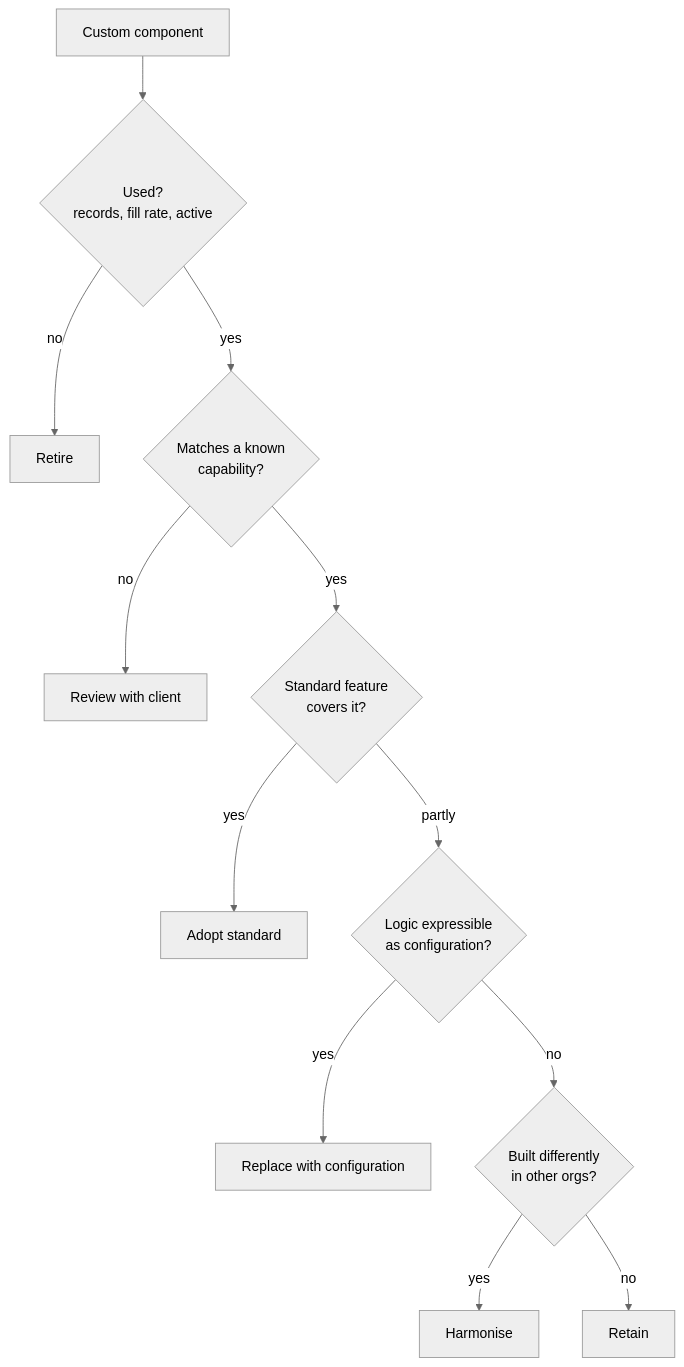
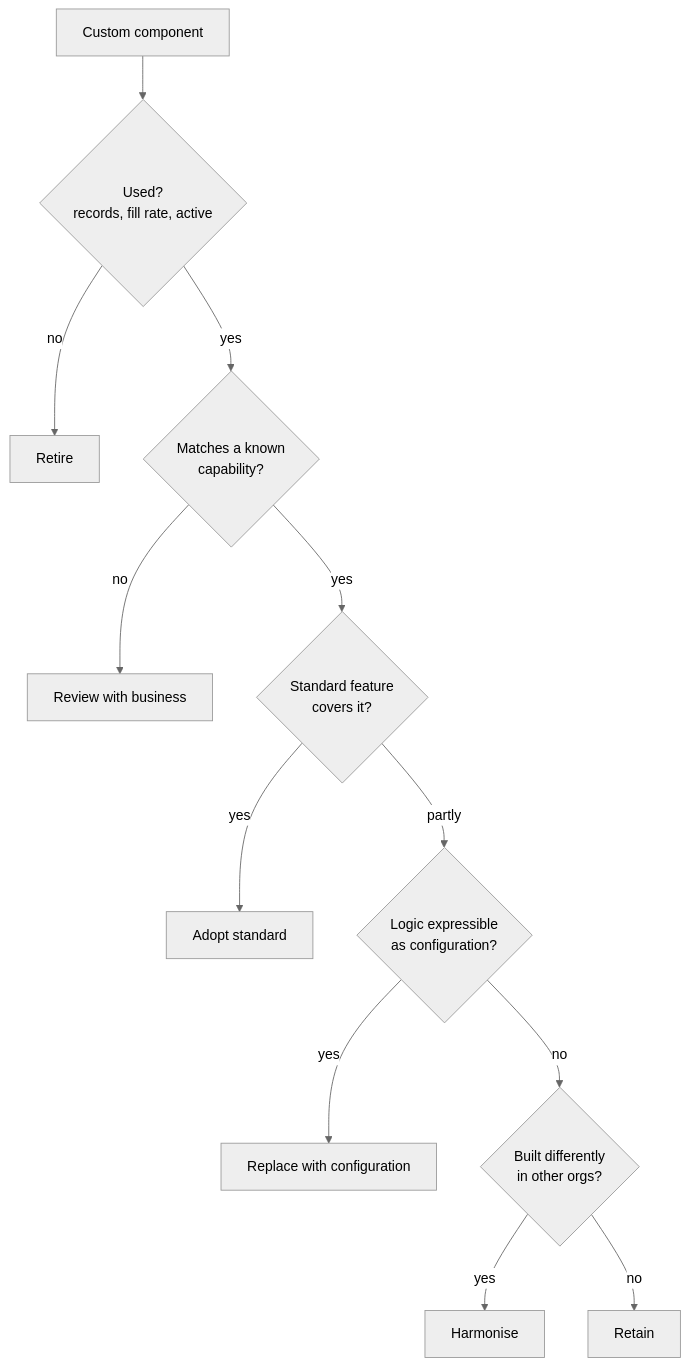
One commit to himantgupta-alt/crm-genie changed the second of 3 diagrams in adlc/1-discover/assessment/architecture.md. Above: the diagram before and after it, drawn with Mermaid (neutral theme). The commit also changed other lines of this file and 10 other files, not shown here.

````diff
--- a/adlc/1-discover/assessment/architecture.md
+++ b/adlc/1-discover/assessment/architecture.md
@@ -40,14 +40,14 @@
 ```mermaid
 flowchart TD
   A["Custom component"] --> U{"Used?<br/>records, fill rate, active"}
   U -- "no" --> RT["Retire"]
   U -- "yes" --> M{"Matches a known<br/>capability?"}
-  M -- "no" --> RV["Review with client"]
+  M -- "no" --> RV["Review with business"]
   M -- "yes" --> S{"Standard feature<br/>covers it?"}
   S -- "yes" --> AD["Adopt standard"]
   S -- "partly" --> CF{"Logic expressible<br/>as configuration?"}
   CF -- "yes" --> CO["Replace with configuration"]
   CF -- "no" --> DF{"Built differently<br/>in other orgs?"}
   DF -- "yes" --> HA["Harmonise"]
   DF -- "no" --> KP["Retain"]
 ```
````
